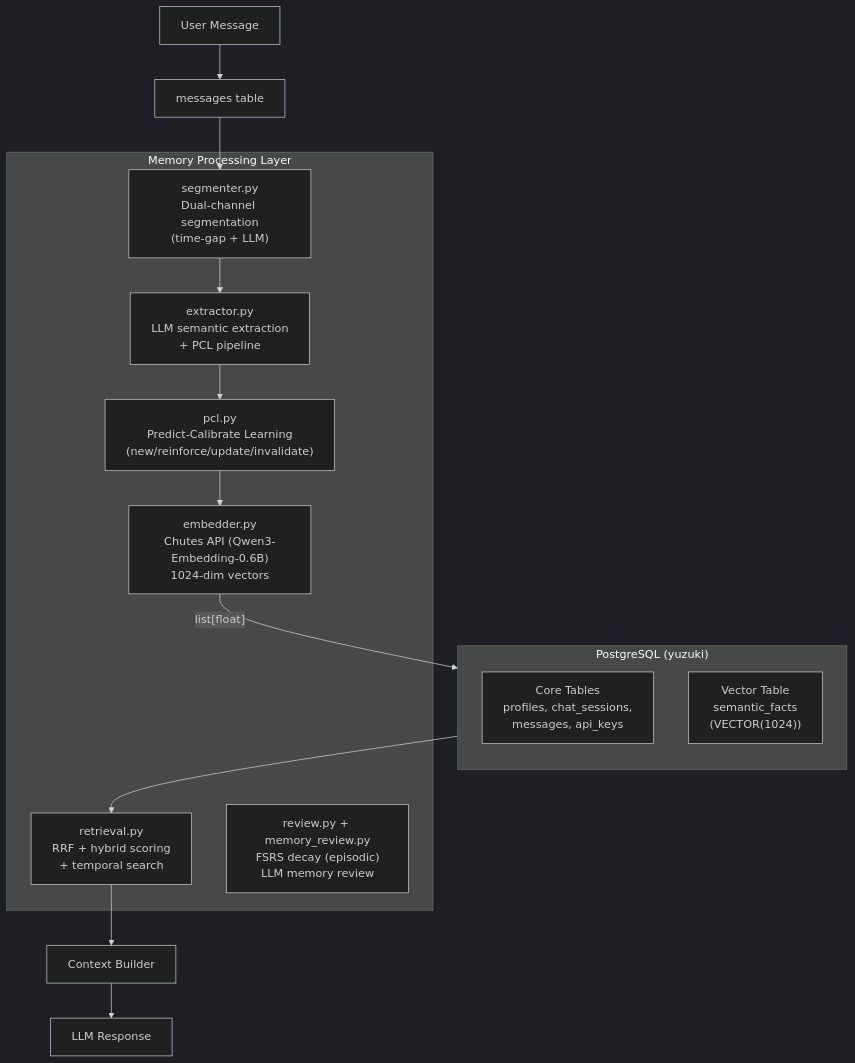
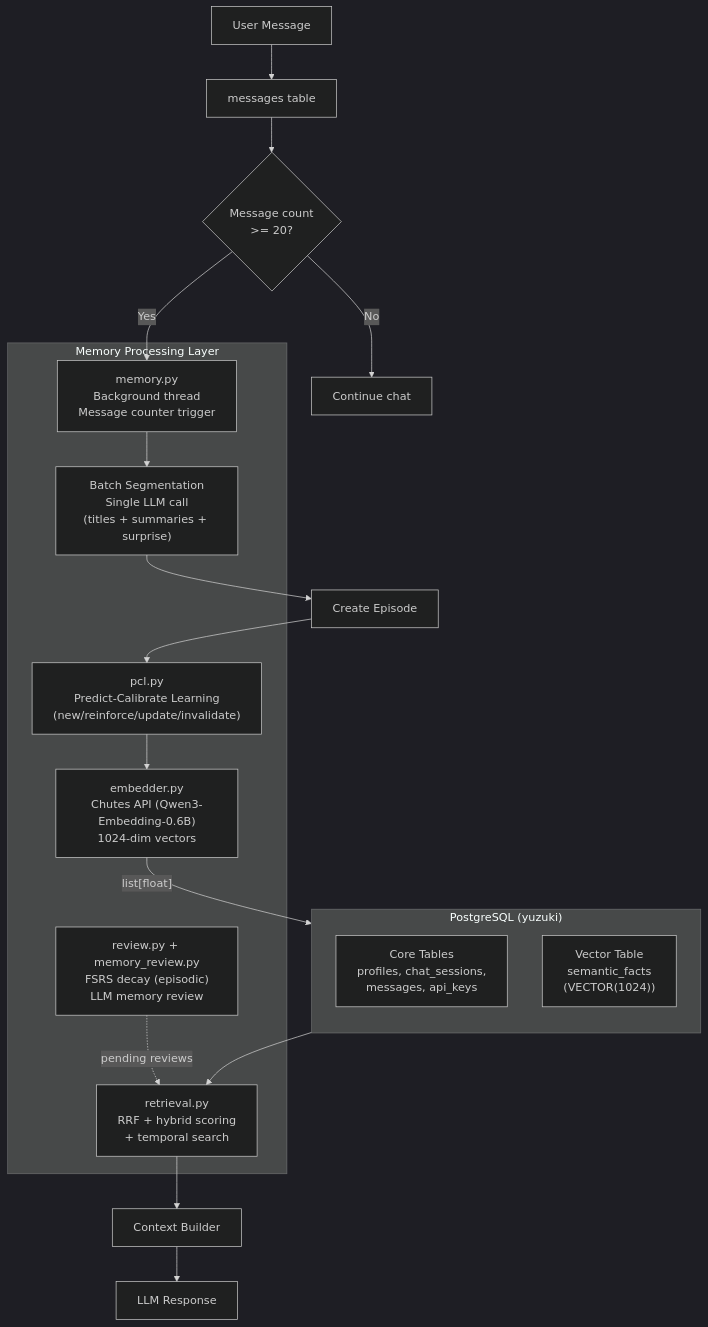
Before and after one commit to icedeyes12/yuzu-core: the first of 4 diagrams in app/memory/docs/architecture.md, drawn with Mermaid (dark theme). The commit also changed other lines of this file and 27 other files, not shown here.

First line of the commit message:
refactor: simplify codebase + wire memory pipeline (PCL) (#69)

````diff
--- a/app/memory/docs/architecture.md
+++ b/app/memory/docs/architecture.md
@@ -11,27 +13,31 @@
 ```mermaid
 flowchart TB
     subgraph PostgreSQL["PostgreSQL (yuzuki)"]
         direction TB
         PG_CORE["Core Tables\nprofiles, chat_sessions,\nmessages, api_keys"]
         PG_VECTOR["Vector Table\nsemantic_facts\n(VECTOR(1024))"]
     end
 
     subgraph MemoryLayer["Memory Processing Layer"]
         EMBED["embedder.py\nChutes API (Qwen3-Embedding-0.6B)\n1024-dim vectors"]
-        SEGMENT["segmenter.py\nDual-channel segmentation\n(time-gap + LLM)"]
-        EXTRACT["extractor.py\nLLM semantic extraction\n+ PCL pipeline"]
+        PIPELINE["memory.py\nBackground thread\nMessage counter trigger"]
+        BATCH["Batch Segmentation\nSingle LLM call\n(titles + summaries + surprise)"]
+        PCL["pcl.py\nPredict-Calibrate Learning\n(new/reinforce/update/invalidate)"]
         RETRIEVE["retrieval.py\nRRF + hybrid scoring\n+ temporal search"]
         REVIEW["review.py + memory_review.py\nFSRS decay (episodic)\nLLM memory review"]
-        PCL["pcl.py\nPredict-Calibrate Learning\n(new/reinforce/update/invalidate)"]
     end
 
     USER["User Message"] --> MSG["messages table"]
-    MSG --> SEGMENT
-    SEGMENT --> EXTRACT
-    EXTRACT --> PCL
+    MSG --> COUNTER{"Message count\n>= 20?"}
+    COUNTER -->|Yes| PIPELINE
+    COUNTER -->|No| CONTINUE["Continue chat"]
+    PIPELINE --> BATCH
+    BATCH --> EPISODE["Create Episode"]
+    EPISODE --> PCL
     PCL --> EMBED
     EMBED -->|"list[float]"| PG_VECTOR
     PG_VECTOR --> RETRIEVE
     RETRIEVE --> CONTEXT["Context Builder"]
     CONTEXT --> LLM["LLM Response"]
+    REVIEW -.->|pending reviews| RETRIEVE
 ```
````
